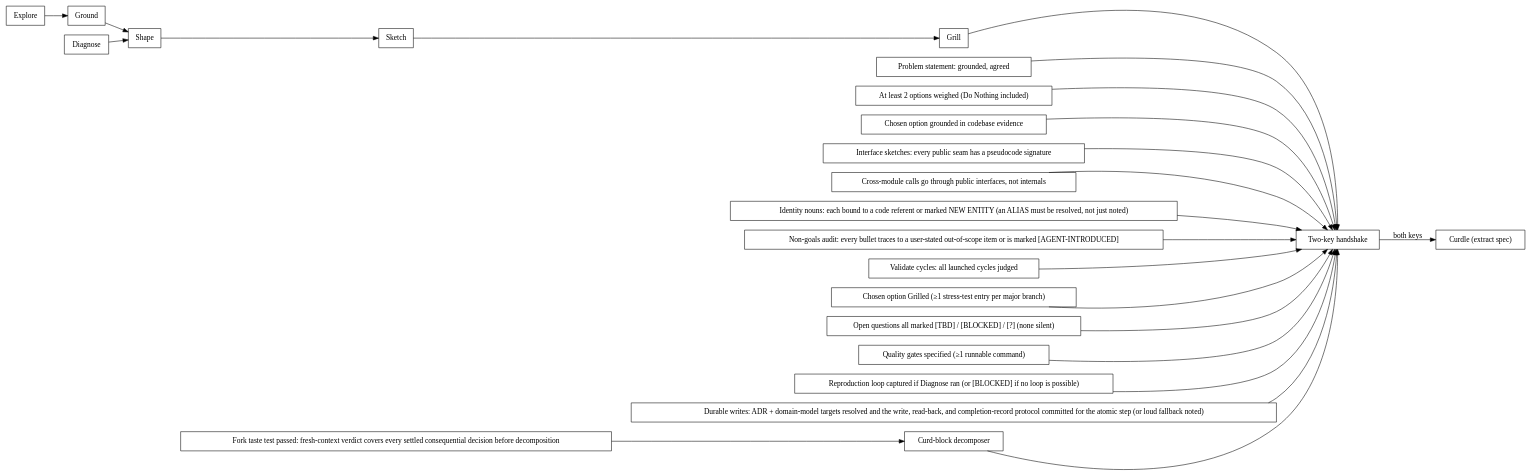
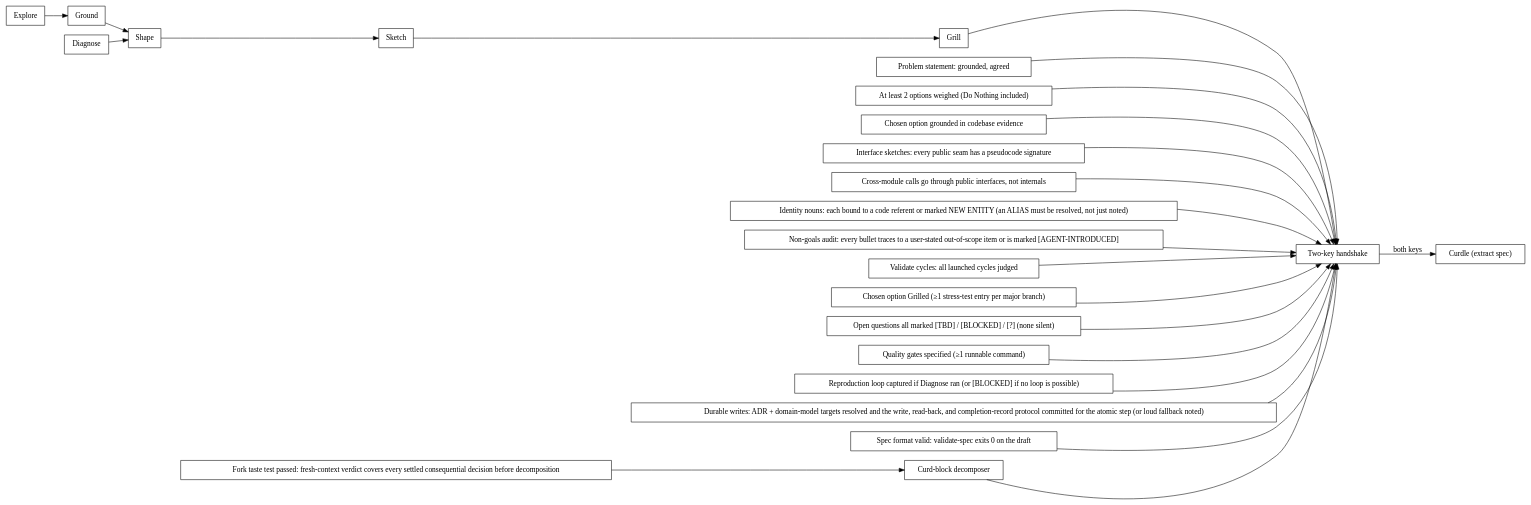
The diagram in skills/mold/scripts/mold.dot (paulnsorensen/easy-cheese), drawn with Graphviz before and after one commit. The commit also changed 26 other files, not shown here.

First line of the commit message:
feat(schemas,mold): enforce spec format at curdle time

```diff
--- a/skills/mold/scripts/mold.dot
+++ b/skills/mold/scripts/mold.dot
@@ -1,49 +1,51 @@
 digraph mold_gates {
   rankdir=LR;
   node [shape=box];
   explore [label="Explore", kind="mode"];
   ground [label="Ground", kind="mode"];
   shape [label="Shape", kind="mode"];
   sketch [label="Sketch", kind="mode"];
   grill [label="Grill", kind="mode"];
   diagnose [label="Diagnose", kind="mode"];
   problem_statement [label="Problem statement: grounded, agreed", kind="gate"];
   at_least_2_options_weighed_do_nothing_included [label="At least 2 options weighed (Do Nothing included)", kind="gate"];
   chosen_option_grounded_in_codebase_evidence [label="Chosen option grounded in codebase evidence", kind="gate"];
   interface_sketches [label="Interface sketches: every public seam has a pseudocode signature", kind="gate"];
   cross_module_calls_go_through_public_interfaces_not_internals [label="Cross-module calls go through public interfaces, not internals", kind="gate"];
   identity_nouns [label="Identity nouns: each bound to a code referent or marked NEW ENTITY (an ALIAS must be resolved, not just noted)", kind="gate"];
   non_goals_audit [label="Non-goals audit: every bullet traces to a user-stated out-of-scope item or is marked [AGENT-INTRODUCED]", kind="gate"];
   validate_cycles [label="Validate cycles: all launched cycles judged", kind="gate"];
   chosen_option_grilled_1_stress_test_entry_per_major_branch [label="Chosen option Grilled (≥1 stress-test entry per major branch)", kind="gate"];
   open_questions_all_marked_tbd_blocked_none_silent [label="Open questions all marked [TBD] / [BLOCKED] / [?] (none silent)", kind="gate"];
   quality_gates_specified_1_runnable_command [label="Quality gates specified (≥1 runnable command)", kind="gate"];
   reproduction_loop_captured_if_diagnose_ran_or_blocked_if_no_loop_is_possible [label="Reproduction loop captured if Diagnose ran (or [BLOCKED] if no loop is possible)", kind="gate"];
   durable_writes [label="Durable writes: ADR + domain-model targets resolved and the write, read-back, and completion-record protocol committed for the atomic step (or loud fallback noted)", kind="gate"];
   fork_taste_test_passed [label="Fork taste test passed: fresh-context verdict covers every settled consequential decision before decomposition", kind="gate"];
+  spec_format_valid [label="Spec format valid: validate-spec exits 0 on the draft", kind="gate"];
   decomposer [label="Curd-block decomposer", kind="decomposer"];
   handshake [label="Two-key handshake", kind="handshake"];
   curdle [label="Curdle (extract spec)", kind="terminal"];
   explore -> ground;
   ground -> shape;
   shape -> sketch;
   sketch -> grill;
   diagnose -> shape;
   problem_statement -> handshake;
   at_least_2_options_weighed_do_nothing_included -> handshake;
   chosen_option_grounded_in_codebase_evidence -> handshake;
   interface_sketches -> handshake;
   cross_module_calls_go_through_public_interfaces_not_internals -> handshake;
   identity_nouns -> handshake;
   non_goals_audit -> handshake;
   validate_cycles -> handshake;
   chosen_option_grilled_1_stress_test_entry_per_major_branch -> handshake;
   open_questions_all_marked_tbd_blocked_none_silent -> handshake;
   quality_gates_specified_1_runnable_command -> handshake;
   reproduction_loop_captured_if_diagnose_ran_or_blocked_if_no_loop_is_possible -> handshake;
   durable_writes -> handshake;
   fork_taste_test_passed -> decomposer;
+  spec_format_valid -> handshake;
   decomposer -> handshake;
   grill -> handshake;
   handshake -> curdle [label="both keys"];
 }
```
